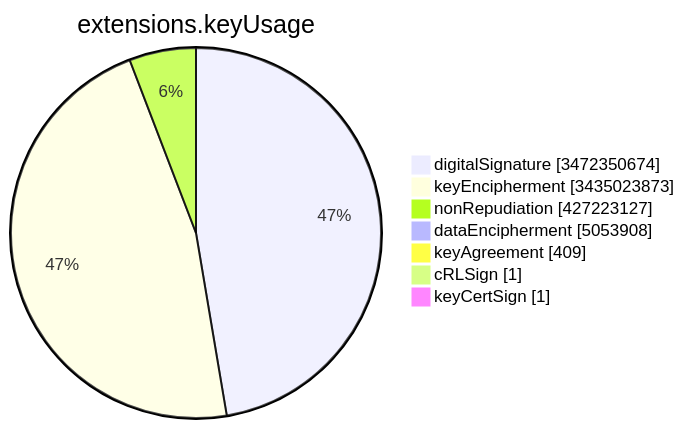
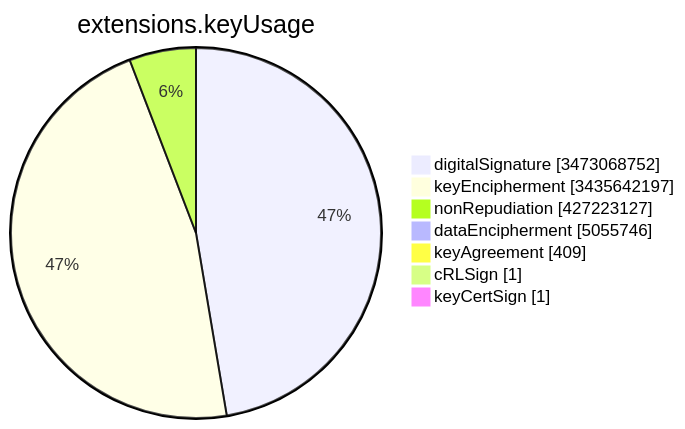
Before and after one commit to christiankrug/ctmonitor_visualization: the sixth of 15 diagrams in TOTAL/README.md, drawn with Mermaid. The commit also changed other lines of this file, not shown here.

````diff
--- a/TOTAL/README.md
+++ b/TOTAL/README.md
@@ -3082,11 +3082,11 @@
 ```mermaid
 pie showData
 title extensions.keyUsage
-"digitalSignature" :3472350674
-"keyEncipherment" :3435023873
+"digitalSignature" :3473068752
+"keyEncipherment" :3435642197
 "nonRepudiation" :427223127
-"dataEncipherment" :5053908
+"dataEncipherment" :5055746
 "keyAgreement" :409
 "cRLSign" :1
 "keyCertSign" :1
 ```
````
